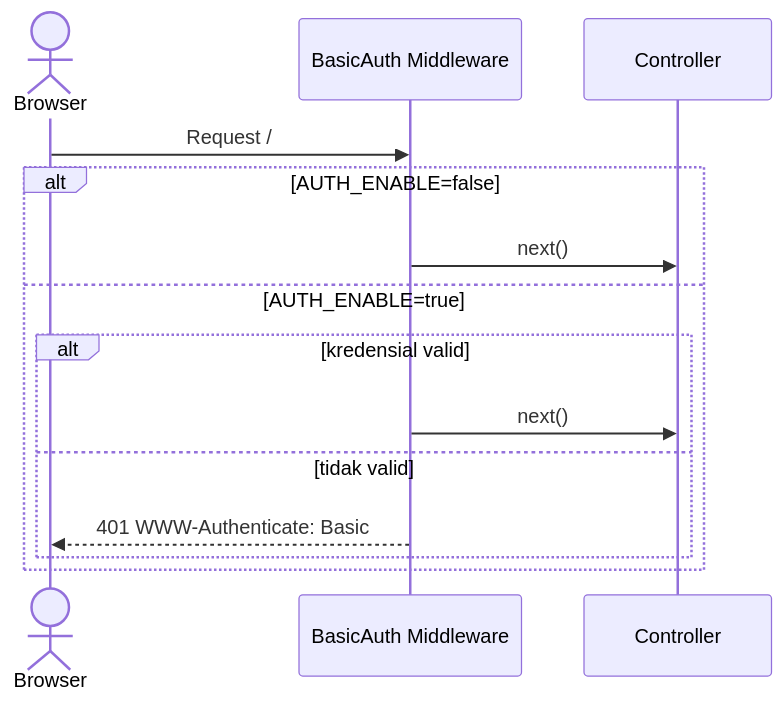
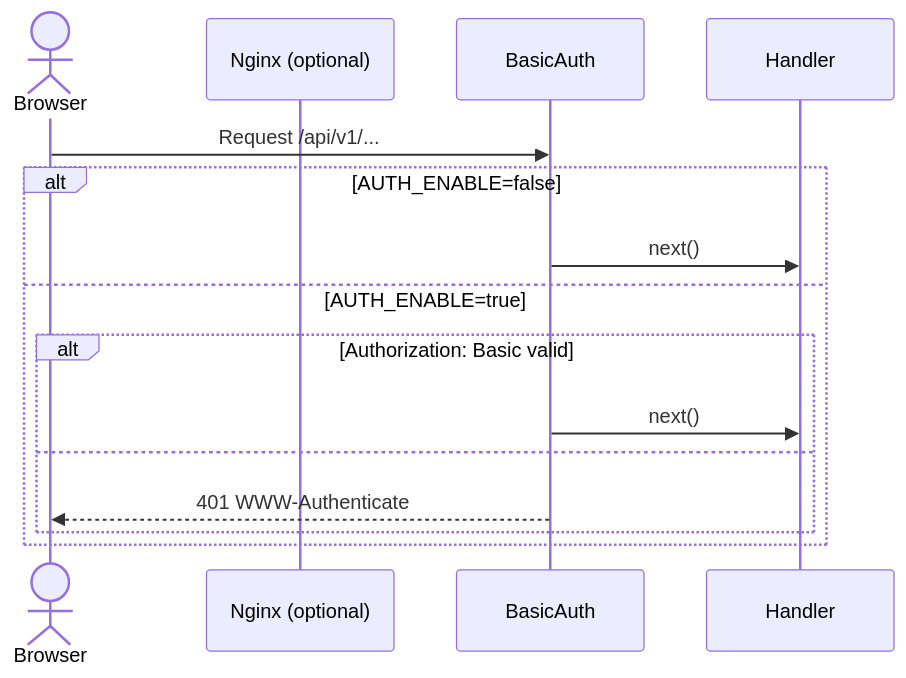
The first of 2 diagrams in docs/sequences/03-authentication.md (jahrulnr/GoSite), drawn with Mermaid before and after one commit. The commit also changed other lines of this file and 107 other files, not shown here.

````diff
--- a/docs/sequences/03-authentication.md
+++ b/docs/sequences/03-authentication.md
@@ -9,17 +11,18 @@
 ```mermaid
 sequenceDiagram
     actor Browser
-    participant MW as BasicAuth Middleware
-    participant App as Controller
+    participant NGX as Nginx (optional)
+    participant MW as BasicAuth
+    participant API as Handler
 
-    Browser->>MW: Request /
+    Browser->>MW: Request /api/v1/...
     alt AUTH_ENABLE=false
-        MW->>App: next()
+        MW->>API: next()
     else AUTH_ENABLE=true
-        alt kredensial valid
-            MW->>App: next()
-        else tidak valid
-            MW-->>Browser: 401 WWW-Authenticate: Basic
+        alt Authorization: Basic valid
+            MW->>API: next()
+        else
+            MW-->>Browser: 401 WWW-Authenticate
         end
     end
 ```
````
